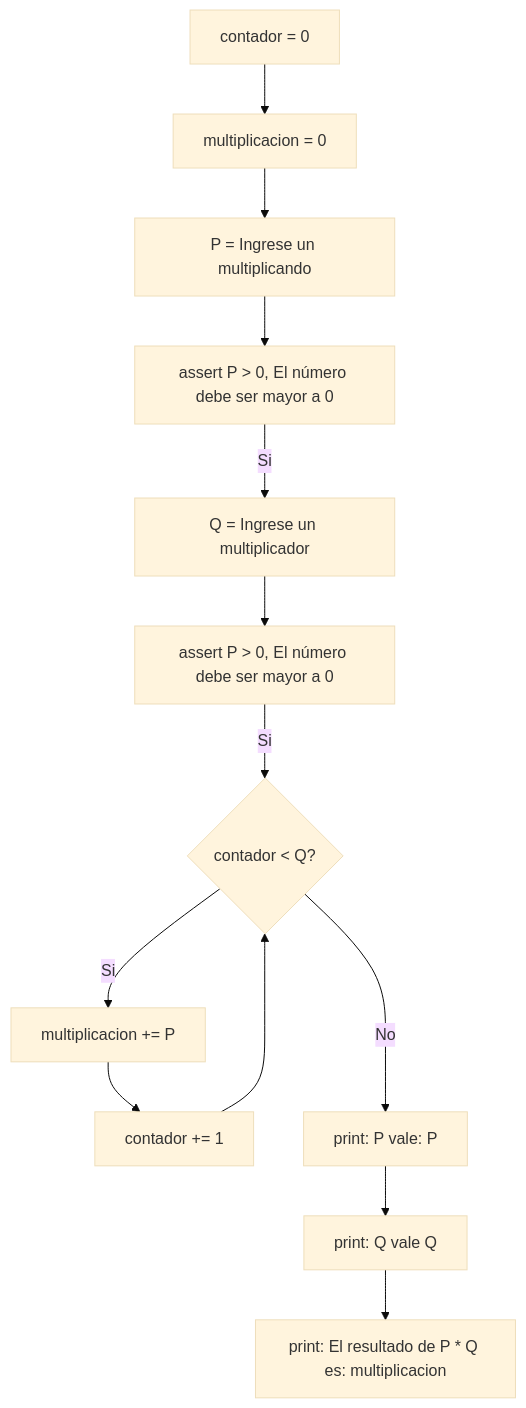
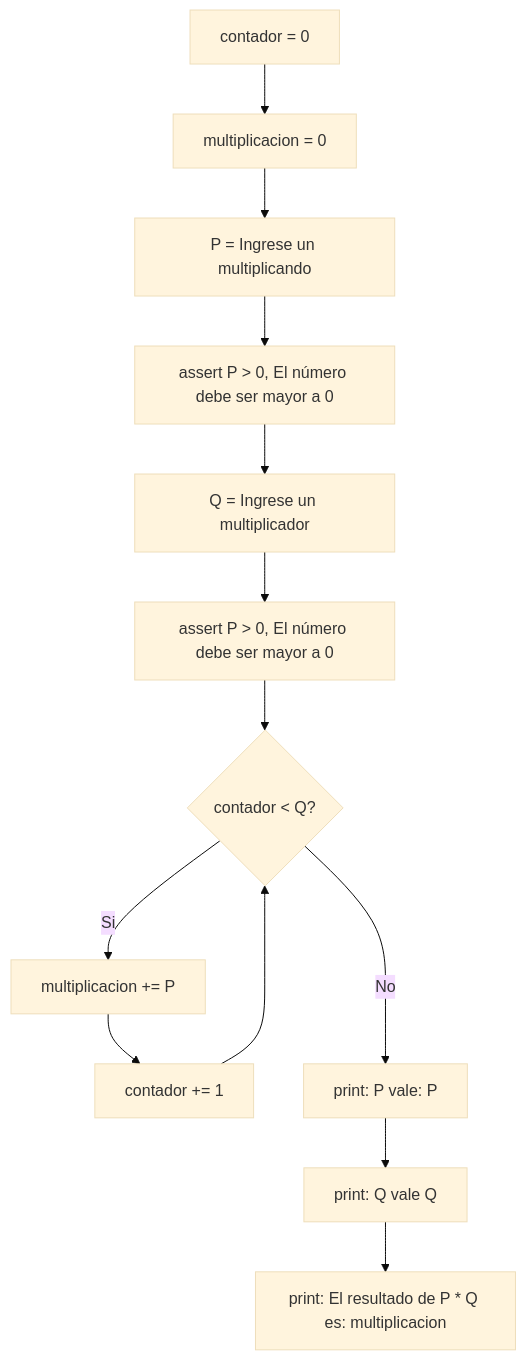
Before and after one commit to Chabok52/TP_8: the diagram in diagramas_ejercicios/Ejercicio13.md, drawn with Mermaid (base theme).

Commit message:
Corrección final

````diff
--- a/diagramas_ejercicios/Ejercicio13.md
+++ b/diagramas_ejercicios/Ejercicio13.md
@@ -4,16 +4,16 @@
 ```mermaid
 flowchart TD
 	A[contador = 0]
     A --> B[multiplicacion = 0]
     B --> C[P = Ingrese un multiplicando]
     C--> K[assert P > 0, El número debe ser mayor a 0]
-    K --> |Si| D[Q = Ingrese un multiplicador]
+    K -->  D[Q = Ingrese un multiplicador]
     D --> L[assert P > 0, El número debe ser mayor a 0]
-    L --> |Si| E{contador < Q?}
+    L -->  E{contador < Q?}
     E --> |Si| F[multiplicacion += P]
     F --> G[contador += 1]
     G --> E
     E ---> |No| H[print: P vale: P]
     H --> I[print: Q vale Q]
     I --> J[print: El resultado de P * Q es: multiplicacion]
 ```
````
